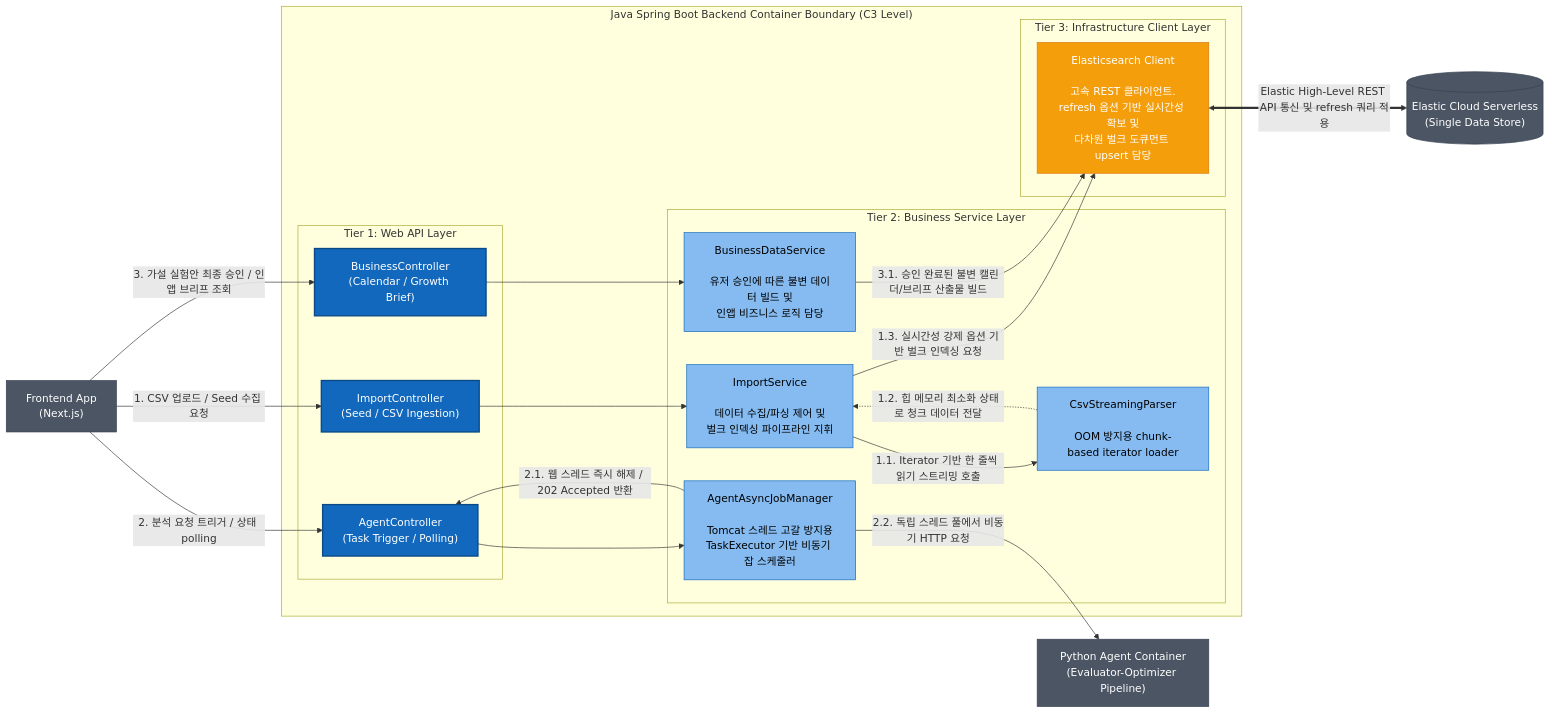
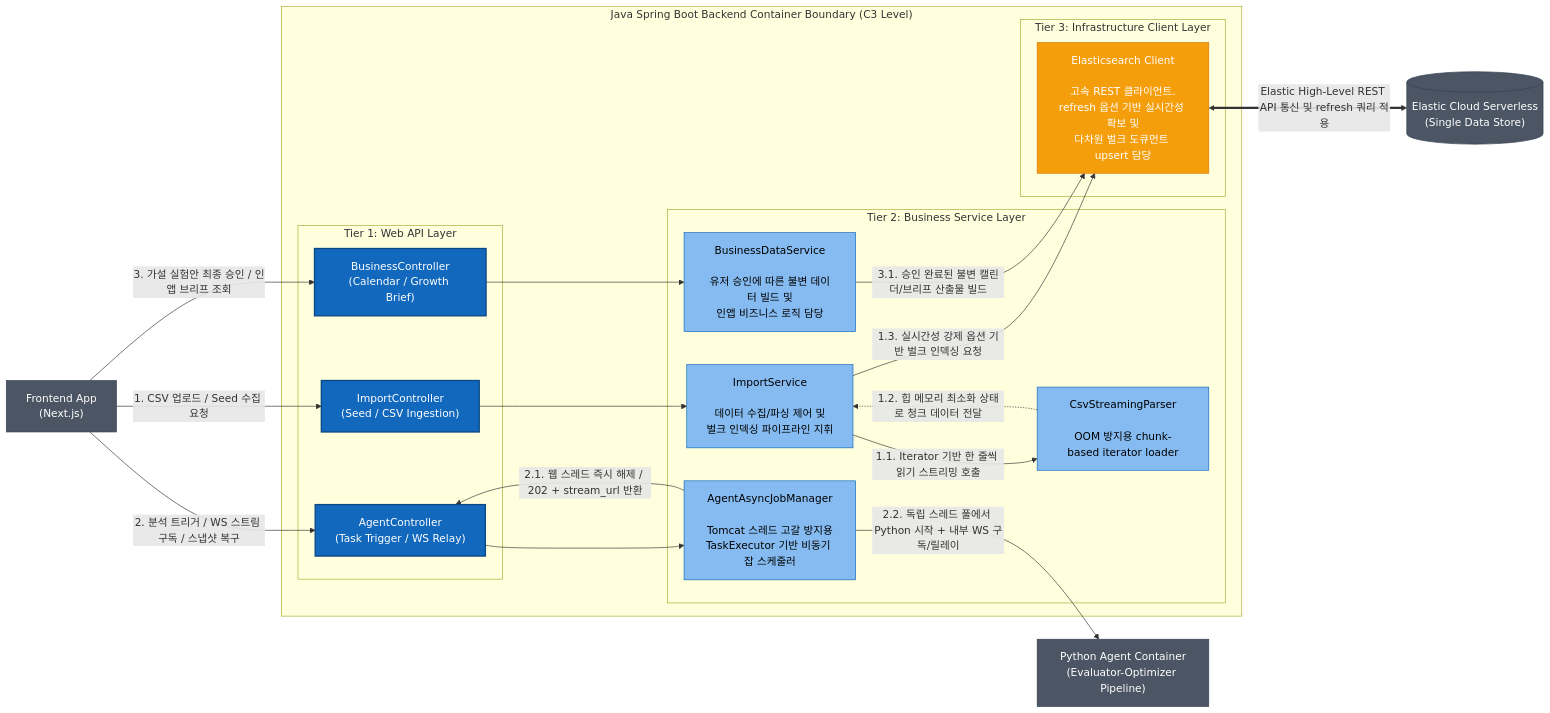
One commit to bbororo5/google_rapid_agent_hackaton changed the fifth of 5 diagrams in docs/architecture/launchpilot-c4.md. Above: the diagram before and after it, drawn with Mermaid. The commit also changed other lines of this file and 2 other files, not shown here.

````diff
--- a/docs/architecture/launchpilot-c4.md
+++ b/docs/architecture/launchpilot-c4.md
@@ -235,47 +240,47 @@
 ```mermaid
 graph LR
   classDef ext fill:#4b5563,stroke:#374151,color:#ffffff,stroke-width:1px;
   classDef core fill:#1168bd,stroke:#0b4884,color:#ffffff,stroke-width:2px;
   classDef service fill:#85bbf0,stroke:#1168bd,color:#000000,stroke-width:1px;
   classDef client fill:#f59e0b,stroke:#d97706,color:#ffffff,stroke-width:1px;
 
   NextJS["Frontend App<br/>(Next.js)"]:::ext
   Elastic[("Elastic Cloud Serverless<br/>(Single Data Store)")]:::ext
   PyAgent["Python Agent Container<br/>(Evaluator-Optimizer Pipeline)"]:::ext
 
   subgraph Java_Backend_Container ["Java Spring Boot Backend Container Boundary (C3 Level)"]
     subgraph API_Tier ["Tier 1: Web API Layer"]
       Ctrl_Import["ImportController<br/>(Seed / CSV Ingestion)"]:::core
-      Ctrl_Agent["AgentController<br/>(Task Trigger / Polling)"]:::core
+      Ctrl_Agent["AgentController<br/>(Task Trigger / WS Relay)"]:::core
       Ctrl_Biz["BusinessController<br/>(Calendar / Growth Brief)"]:::core
     end
 
     subgraph Service_Tier ["Tier 2: Business Service Layer"]
       ImpService["ImportService<br/><br/>데이터 수집/파싱 제어 및<br/>벌크 인덱싱 파이프라인 지휘"]:::service
       Parser["CsvStreamingParser<br/><br/>OOM 방지용 chunk-based iterator loader"]:::service
       JobMgr["AgentAsyncJobManager<br/><br/>Tomcat 스레드 고갈 방지용<br/>TaskExecutor 기반 비동기 잡 스케줄러"]:::service
       BizService["BusinessDataService<br/><br/>유저 승인에 따른 불변 데이터 빌드 및<br/>인앱 비즈니스 로직 담당"]:::service
     end
 
     subgraph Client_Tier ["Tier 3: Infrastructure Client Layer"]
       ES_Client["Elasticsearch Client<br/><br/>고속 REST 클라이언트.<br/>refresh 옵션 기반 실시간성 확보 및<br/>다차원 벌크 도큐먼트 upsert 담당"]:::client
     end
   end
 
   NextJS -->|1. CSV 업로드 / Seed 수집 요청| Ctrl_Import
   Ctrl_Import --> ImpService
   ImpService -->|1.1. Iterator 기반 한 줄씩 읽기 스트리밍 호출| Parser
   Parser -.->|1.2. 힙 메모리 최소화 상태로 청크 데이터 전달| ImpService
   ImpService -->|1.3. 실시간성 강제 옵션 기반 벌크 인덱싱 요청| ES_Client
 
-  NextJS -->|2. 분석 요청 트리거 / 상태 polling| Ctrl_Agent
+  NextJS -->|2. 분석 트리거 / WS 스트림 구독 / 스냅샷 복구| Ctrl_Agent
   Ctrl_Agent --> JobMgr
-  JobMgr -->|2.1. 웹 스레드 즉시 해제 / 202 Accepted 반환| Ctrl_Agent
-  JobMgr -->|2.2. 독립 스레드 풀에서 비동기 HTTP 요청| PyAgent
+  JobMgr -->|2.1. 웹 스레드 즉시 해제 / 202 + stream_url 반환| Ctrl_Agent
+  JobMgr -->|2.2. 독립 스레드 풀에서 Python 시작 + 내부 WS 구독/릴레이| PyAgent
 
   NextJS -->|3. 가설 실험안 최종 승인 / 인앱 브리프 조회| Ctrl_Biz
   Ctrl_Biz --> BizService
   BizService -->|3.1. 승인 완료된 불변 캘린더/브리프 산출물 빌드| ES_Client
 
   ES_Client <==>|Elastic High-Level REST API 통신 및 refresh 쿼리 적용| Elastic
 ```
````
